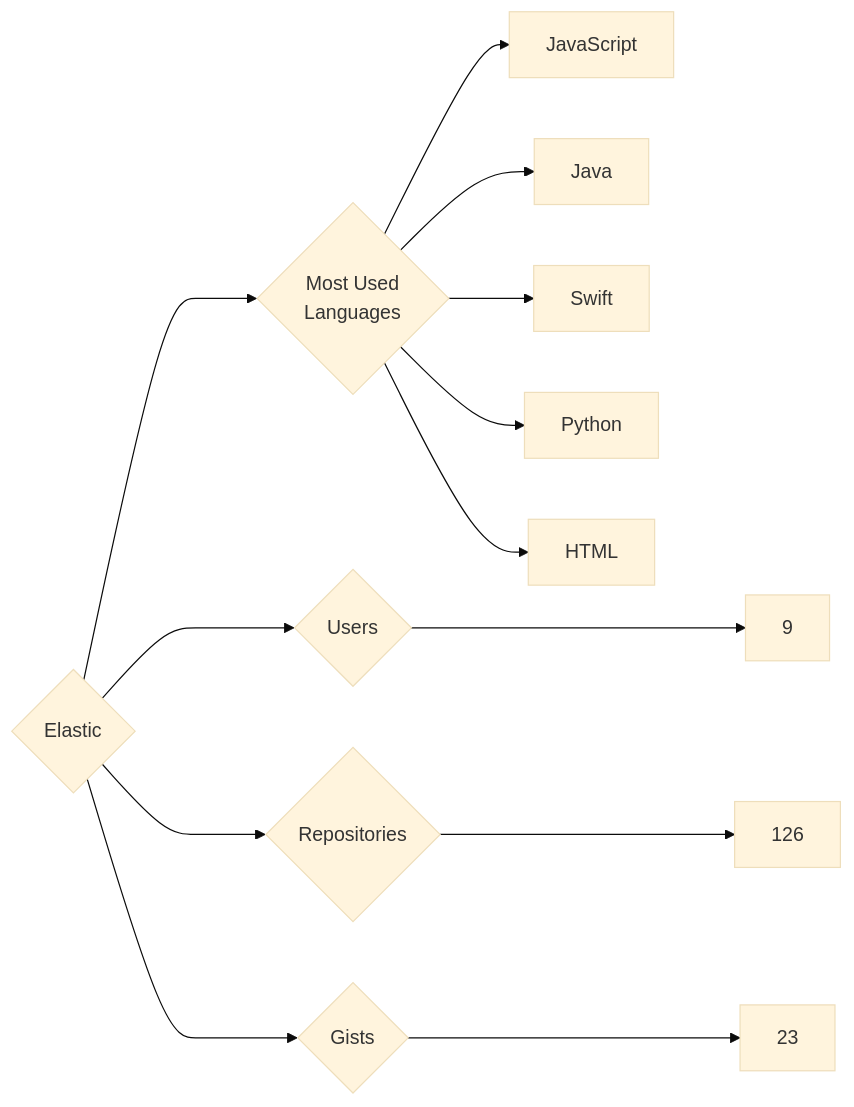
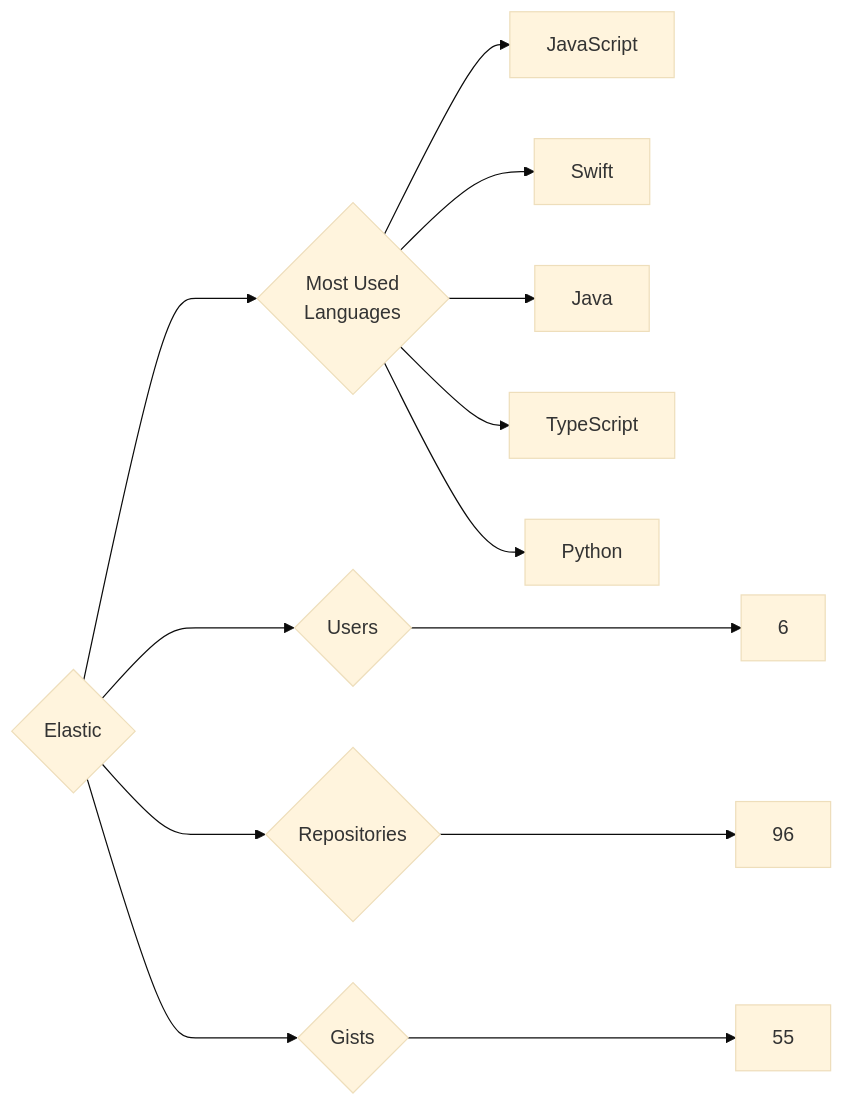
The diagram in targets/Elastic/README.md (trickest/insiders), drawn with Mermaid (base theme) before and after one commit. The commit also changed 857 other files, not shown here.

````diff
--- a/targets/Elastic/README.md
+++ b/targets/Elastic/README.md
@@ -3,13 +3,13 @@
 ```mermaid
 graph LR
 COMPANY_NAME{Elastic}
-COMPANY_NAME ---> U{Users} ---> UN[9]
-COMPANY_NAME ---> R{Repositories} ---> RN[126]
-COMPANY_NAME ---> G{Gists} ---> GN[23]
+COMPANY_NAME ---> U{Users} ---> UN[6]
+COMPANY_NAME ---> R{Repositories} ---> RN[96]
+COMPANY_NAME ---> G{Gists} ---> GN[55]
 COMPANY_NAME ---> ML{Most Used<br>Languages}
 ML --> JavaScript[JavaScript]
+ML --> Swift[Swift]
 ML --> Java[Java]
-ML --> Swift[Swift]
+ML --> TypeScript[TypeScript]
 ML --> Python[Python]
-ML --> HTML[HTML]
 ```
````
